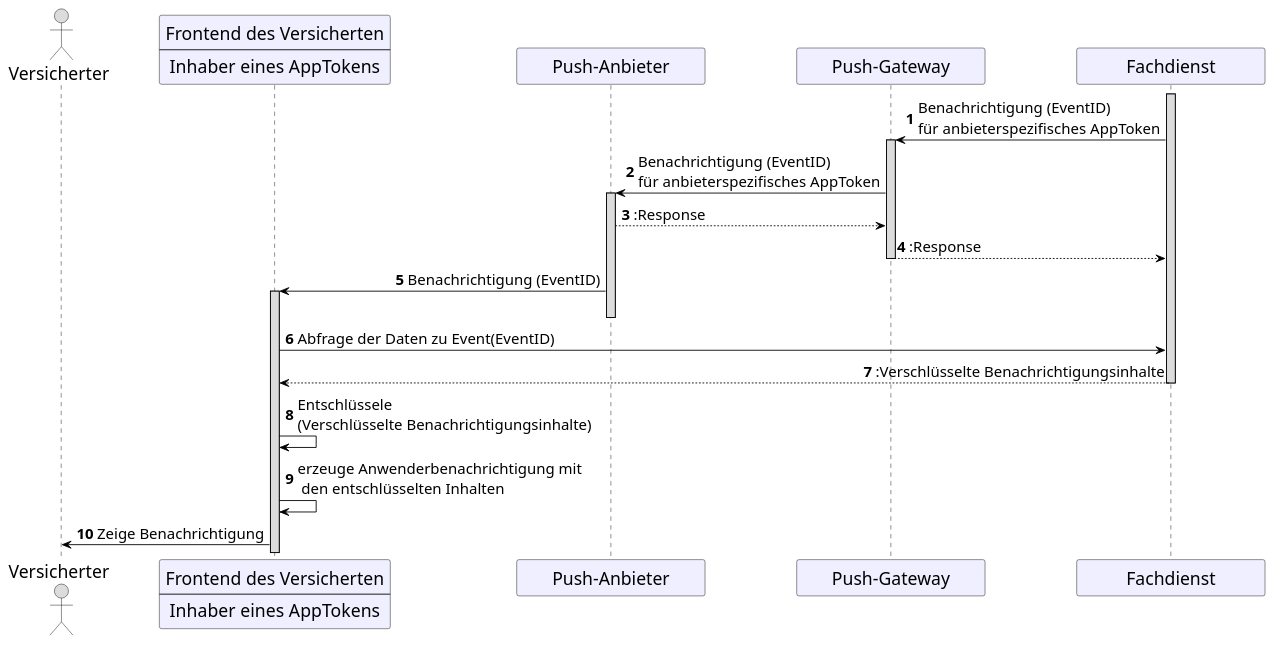
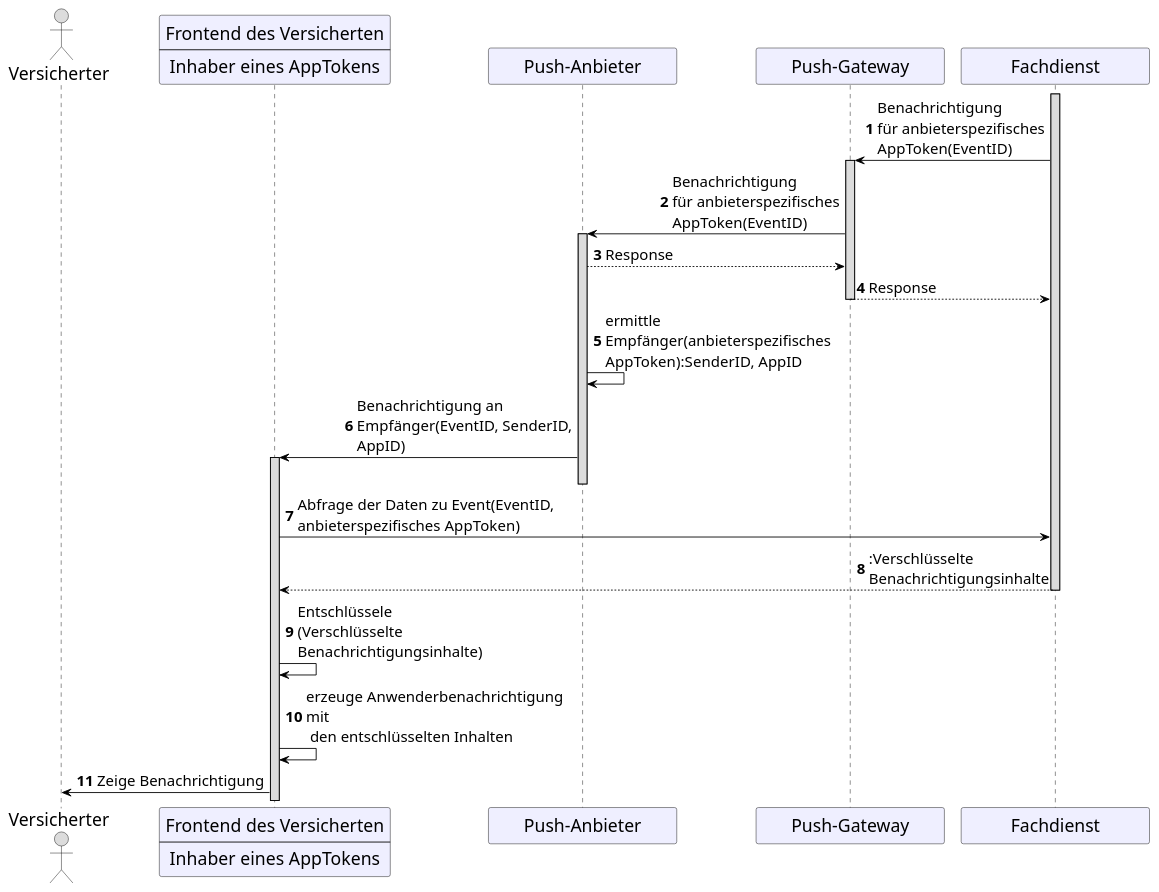
One commit to gematik/api-ti-messenger changed the diagram in src/plantuml/ePA_FDV/push_notifications_fdv_delivery.puml. Above: the diagram before and after it, drawn with PlantUML. The commit also changed 1 other file, not shown here.

```diff
--- a/src/plantuml/ePA_FDV/push_notifications_fdv_delivery.puml
+++ b/src/plantuml/ePA_FDV/push_notifications_fdv_delivery.puml
@@ -1,59 +1,59 @@
 @startuml
 skinparam sequenceMessageAlign direction
 skinparam minClassWidth 200
 skinparam BoxPadding 1
 skinparam sequenceReferenceHeaderBackgroundColor palegreen
 scale max 2048 width
+skinparam maxMessageSize 300
 
 skinparam sequence {
 ArrowColor black
 ArrowFontSize 17
 ActorBorderColor black
 LifeLineBorderColor black
 LifeLineBackgroundColor Gainsboro
 
 ParticipantBorderColor Motivation
 ParticipantBackgroundColor Motivation
-'ParticipantFontName Impact
 ParticipantFontSize 20
 ParticipantFontColor black
 ParticipantBorderColor Black
 ParticipantBackgroundColor MOTIVATION
 
 ActorBackgroundColor Gainsboro
 ActorFontColor black
 ActorFontSize 20
-'ActorFontName Aapex
 }
 
 autonumber
     
     actor v as "Versicherter"
     participant fdv [
       Frontend des Versicherten
       ----
       Inhaber eines AppTokens
     ]
     participant pa as "Push-Anbieter"
     participant pg as "Push-Gateway"
     participant fd as "Fachdienst"
 
 activate fd
-fd->pg: Benachrichtigung (EventID) \nfür anbieterspezifisches AppToken 
+fd->pg: Benachrichtigung \nfür anbieterspezifisches AppToken(EventID)
 activate pg
-pg->pa: Benachrichtigung (EventID) \nfür anbieterspezifisches AppToken
+pg->pa: Benachrichtigung \nfür anbieterspezifisches AppToken(EventID)
 activate pa
-pa-->pg: :Response
-pg-->fd: :Response
+pa-->pg: Response
+pg-->fd: Response
 deactivate pg
-pa->fdv: Benachrichtigung (EventID)
+pa->pa: ermittle Empfänger(anbieterspezifisches AppToken):SenderID, AppID
+pa->fdv: Benachrichtigung an Empfänger(EventID, SenderID, AppID)
 activate fdv
 deactivate pa
-fdv->fd: Abfrage der Daten zu Event(EventID)
+fdv->fd: Abfrage der Daten zu Event(EventID, anbieterspezifisches AppToken)
 fd-->fdv: :Verschlüsselte Benachrichtigungsinhalte
 deactivate fd
 fdv->fdv:Entschlüssele \n(Verschlüsselte Benachrichtigungsinhalte)
 fdv->fdv:erzeuge Anwenderbenachrichtigung mit\n den entschlüsselten Inhalten
 fdv->v:Zeige Benachrichtigung
 
 @enduml
```
